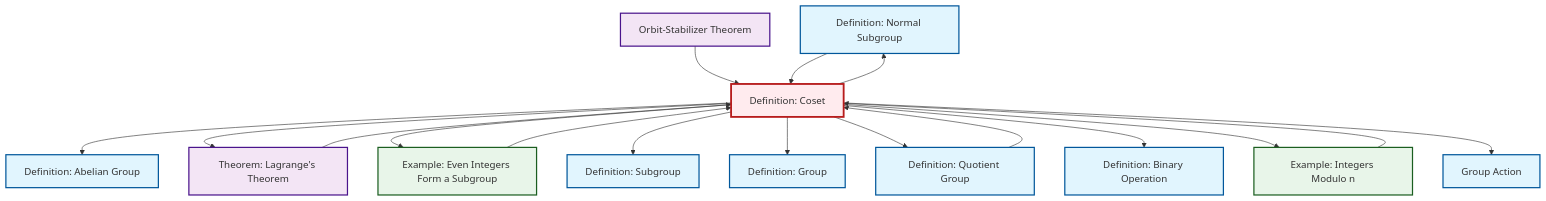
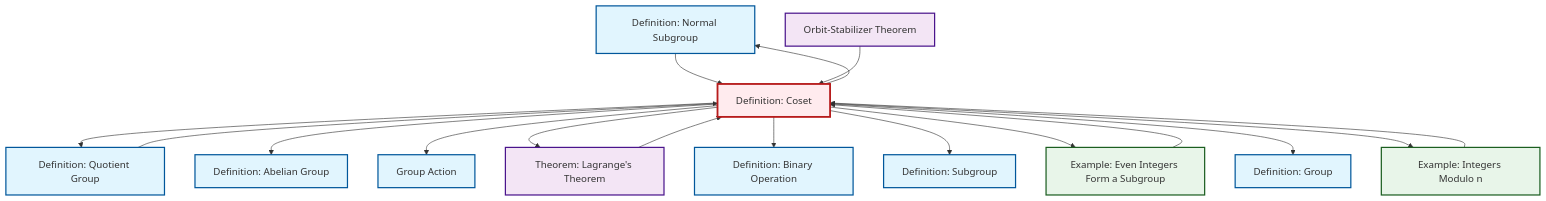
The diagram in content/en/algebra/def-coset.qmd (RK0429/ModernMath), drawn with Mermaid before and after one commit. The commit also changed other lines of this file and 360 other files, not shown here.

````diff
--- a/content/en/algebra/def-coset.qmd
+++ b/content/en/algebra/def-coset.qmd
@@ -158,49 +158,49 @@
 ```{mermaid}
 %%| fig-cap: "Local dependency graph"
 graph TD
     classDef definition fill:#e1f5fe,stroke:#01579b,stroke-width:2px
     classDef theorem fill:#f3e5f5,stroke:#4a148c,stroke-width:2px
     classDef axiom fill:#fff3e0,stroke:#e65100,stroke-width:2px
     classDef example fill:#e8f5e9,stroke:#1b5e20,stroke-width:2px
     classDef current fill:#ffebee,stroke:#b71c1c,stroke-width:3px
+    def-normal-subgroup["Definition: Normal Subgroup"]:::definition
+    def-quotient-group["Definition: Quotient Group"]:::definition
+    ex-even-integers-subgroup["Example: Even Integers Form a Subgroup"]:::example
+    thm-orbit-stabilizer["Orbit-Stabilizer Theorem"]:::theorem
+    def-abelian-group["Definition: Abelian Group"]:::definition
+    thm-lagrange["Theorem: Lagrange's Theorem"]:::theorem
+    ex-quotient-integers-mod-n["Example: Integers Modulo n"]:::example
+    def-coset["Definition: Coset"]:::definition
+    def-group-action["Group Action"]:::definition
+    def-group["Definition: Group"]:::definition
     def-binary-operation["Definition: Binary Operation"]:::definition
-    def-abelian-group["Definition: Abelian Group"]:::definition
-    def-normal-subgroup["Definition: Normal Subgroup"]:::definition
-    ex-even-integers-subgroup["Example: Even Integers Form a Subgroup"]:::example
-    ex-quotient-integers-mod-n["Example: Integers Modulo n"]:::example
     def-subgroup["Definition: Subgroup"]:::definition
-    def-coset["Definition: Coset"]:::definition
-    def-group["Definition: Group"]:::definition
-    thm-orbit-stabilizer["Orbit-Stabilizer Theorem"]:::theorem
-    thm-lagrange["Theorem: Lagrange's Theorem"]:::theorem
-    def-group-action["Group Action"]:::definition
-    def-quotient-group["Definition: Quotient Group"]:::definition
+    def-normal-subgroup --> def-coset
+    def-quotient-group --> def-coset
+    ex-quotient-integers-mod-n --> def-coset
+    def-coset --> def-quotient-group
     def-coset --> def-abelian-group
+    def-coset --> def-group-action
+    ex-even-integers-subgroup --> def-coset
+    def-coset --> thm-lagrange
+    def-coset --> def-binary-operation
     thm-orbit-stabilizer --> def-coset
+    def-coset --> def-subgroup
     thm-lagrange --> def-coset
-    def-coset --> thm-lagrange
+    def-coset --> def-normal-subgroup
     def-coset --> ex-even-integers-subgroup
-    def-coset --> def-subgroup
     def-coset --> def-group
-    ex-even-integers-subgroup --> def-coset
-    def-quotient-group --> def-coset
-    def-coset --> def-quotient-group
-    def-normal-subgroup --> def-coset
-    ex-quotient-integers-mod-n --> def-coset
-    def-coset --> def-normal-subgroup
-    def-coset --> def-binary-operation
     def-coset --> ex-quotient-integers-mod-n
-    def-coset --> def-group-action
     class def-coset current
+    click def-normal-subgroup "def-normal-subgroup.html" "Go to Normal Subgroup definition"
+    click def-quotient-group "def-quotient-group.html" "Go to Quotient Group definition"
+    click ex-even-integers-subgroup "ex-even-integers-subgroup.html" "Go to Even Integers Form a Subgroup example"
+    click thm-orbit-stabilizer "thm-orbit-stabilizer.html" "Go to Orbit-Stabilizer Theorem"
+    click def-abelian-group "def-abelian-group.html" "Go to Abelian Group definition"
+    click thm-lagrange "thm-lagrange.html" "Go to Lagrange's Theorem theorem"
+    click ex-quotient-integers-mod-n "ex-quotient-integers-mod-n.html" "Go to Integers Modulo n example"
+    click def-group-action "def-group-action.html" "Go to Group Action"
+    click def-group "def-group.html" "Go to Group definition"
     click def-binary-operation "def-binary-operation.html" "Go to Binary Operation definition"
-    click def-abelian-group "def-abelian-group.html" "Go to Abelian Group definition"
-    click def-normal-subgroup "def-normal-subgroup.html" "Go to Normal Subgroup definition"
-    click ex-even-integers-subgroup "ex-even-integers-subgroup.html" "Go to Even Integers Form a Subgroup example"
-    click ex-quotient-integers-mod-n "ex-quotient-integers-mod-n.html" "Go to Integers Modulo n example"
     click def-subgroup "def-subgroup.html" "Go to Subgroup definition"
-    click def-group "def-group.html" "Go to Group definition"
-    click thm-orbit-stabilizer "thm-orbit-stabilizer.html" "Go to Orbit-Stabilizer Theorem"
-    click thm-lagrange "thm-lagrange.html" "Go to Lagrange's Theorem theorem"
-    click def-group-action "def-group-action.html" "Go to Group Action"
-    click def-quotient-group "def-quotient-group.html" "Go to Quotient Group definition"
 ```
````
